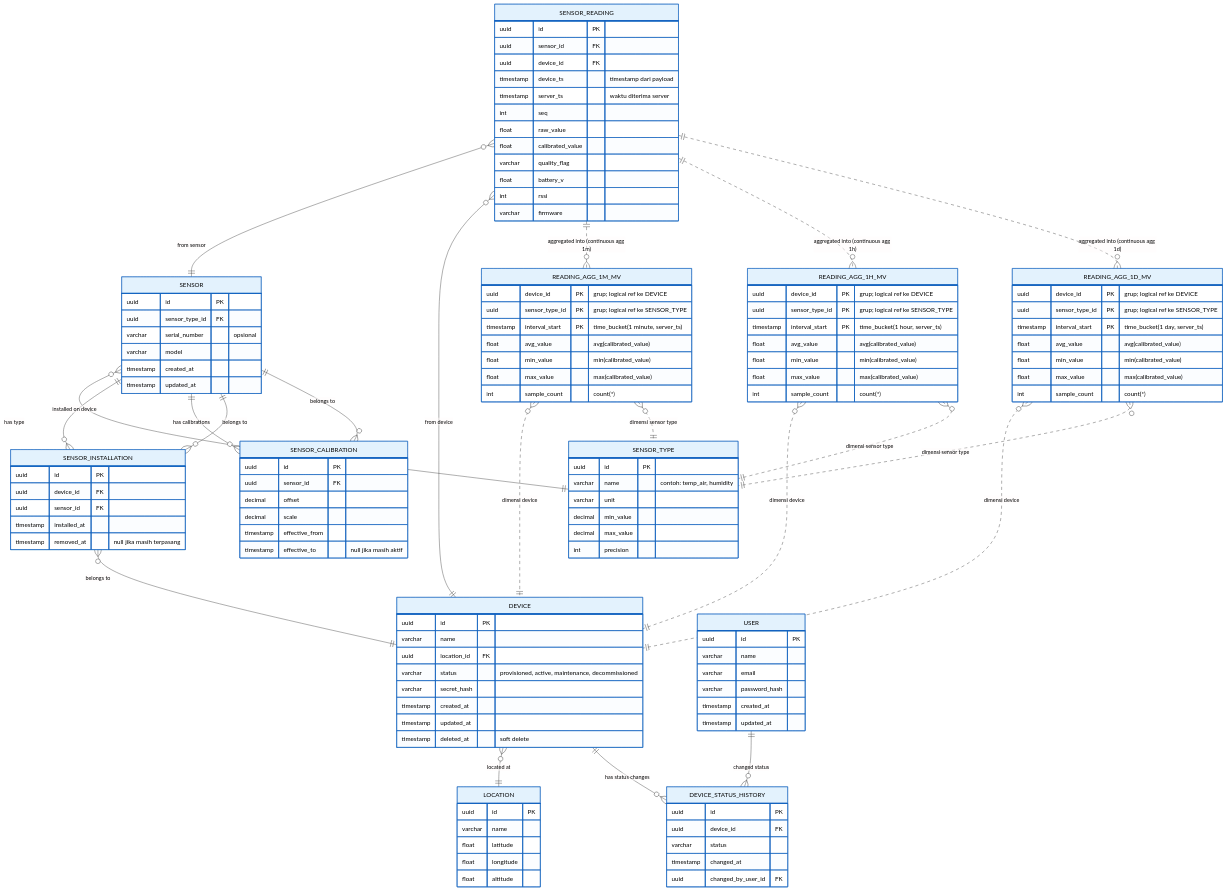
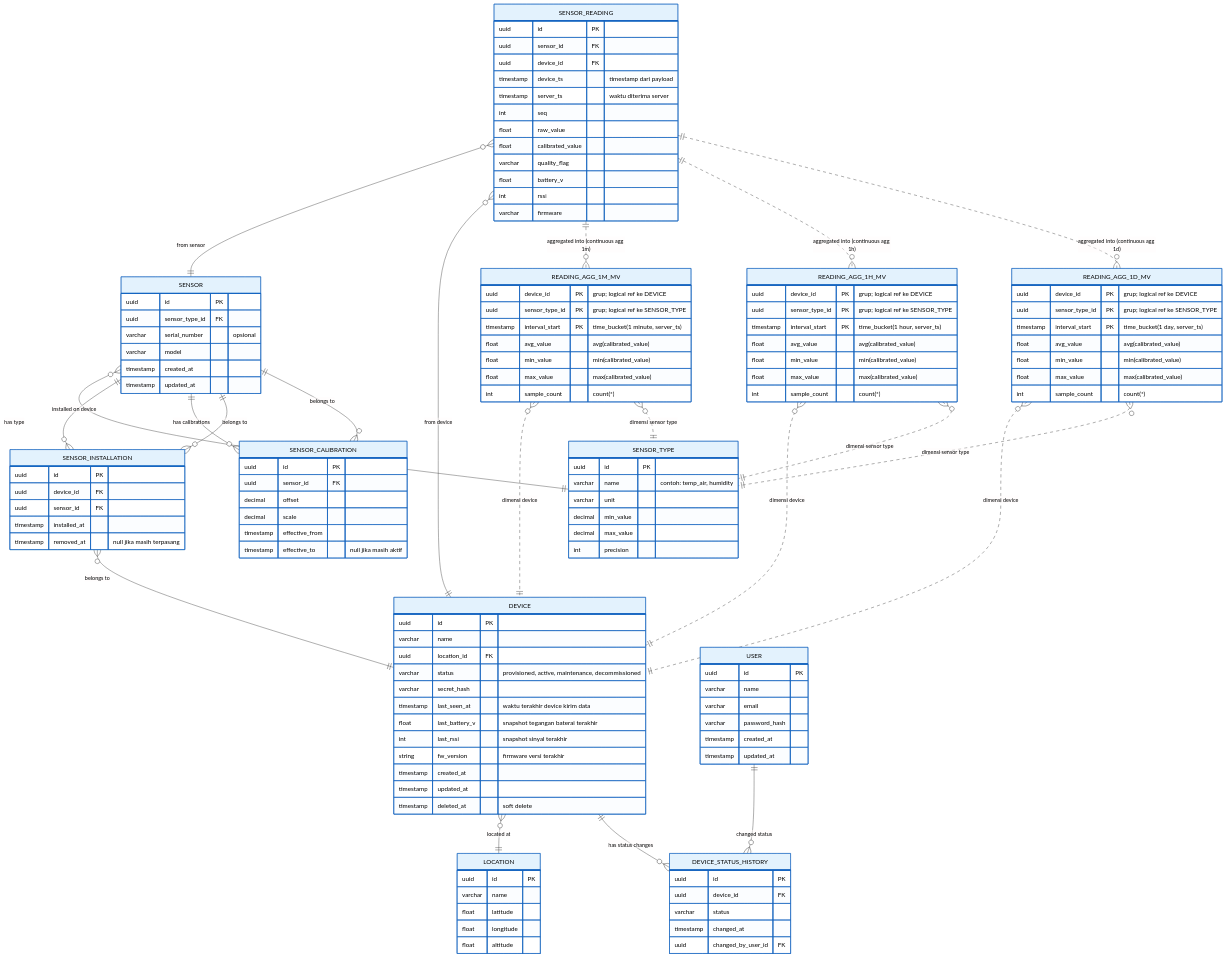
One commit to helmisulaemi/stasiun_cuaca changed the diagram in ERD_Monitoring_Stasiun_Cuaca.mmd. Above: the diagram before and after it, drawn with Mermaid. The commit also changed 3 other files, not shown here.

```diff
--- a/ERD_Monitoring_Stasiun_Cuaca.mmd
+++ b/ERD_Monitoring_Stasiun_Cuaca.mmd
@@ -1,148 +1,152 @@
 ---
 config:
   theme: base
   themeVariables:
     primaryColor: "#E3F2FD"
     primaryTextColor: "#000000"
     primaryBorderColor: "#1565C0"
     lineColor: "#333333"
 ---
 erDiagram
     direction TB
     DEVICE {
         uuid id PK ""  
         varchar name  ""  
         uuid location_id FK ""  
         varchar status  "provisioned, active, maintenance, decommissioned"  
         varchar secret_hash  ""  
+        timestamp last_seen_at  "waktu terakhir device kirim data"  
+        float last_battery_v  "snapshot tegangan baterai terakhir"  
+        int last_rssi  "snapshot sinyal terakhir"  
+        string fw_version  "firmware versi terakhir"  
         timestamp created_at  ""  
         timestamp updated_at  ""  
         timestamp deleted_at  "soft delete"  
     }
 
     LOCATION {
         uuid id PK ""  
         varchar name  ""  
         float latitude  ""  
         float longitude  ""  
         float altitude  ""  
     }
 
     USER {
         uuid id PK ""  
         varchar name  ""  
         varchar email  ""  
         varchar password_hash  ""  
         timestamp created_at  ""  
         timestamp updated_at  ""  
     }
 
     SENSOR_TYPE {
         uuid id PK ""  
         varchar name  "contoh: temp_air, humidity"  
         varchar unit  ""  
         decimal min_value  ""  
         decimal max_value  ""  
         int precision  ""  
     }
 
     SENSOR {
         uuid id PK ""  
         uuid sensor_type_id FK ""  
         varchar serial_number  "opsional"  
         varchar model  ""  
         timestamp created_at  ""  
         timestamp updated_at  ""  
     }
 
     SENSOR_INSTALLATION {
         uuid id PK ""  
         uuid device_id FK ""  
         uuid sensor_id FK ""  
         timestamp installed_at  ""  
         timestamp removed_at  "null jika masih terpasang"  
     }
 
     DEVICE_STATUS_HISTORY {
         uuid id PK ""  
         uuid device_id FK ""  
         varchar status  ""  
         timestamp changed_at  ""  
         uuid changed_by_user_id FK ""  
     }
 
     SENSOR_READING {
         uuid id PK ""  
         uuid sensor_id FK ""  
         uuid device_id FK ""  
         timestamp device_ts  "timestamp dari payload"  
         timestamp server_ts  "waktu diterima server"  
         int seq  ""  
         float raw_value  ""  
         float calibrated_value  ""  
         varchar quality_flag  ""  
         float battery_v  ""  
         int rssi  ""  
         varchar firmware  ""  
     }
 
     SENSOR_CALIBRATION {
         uuid id PK ""  
         uuid sensor_id FK ""  
         decimal offset  ""  
         decimal scale  ""  
         timestamp effective_from  ""  
         timestamp effective_to  "null jika masih aktif"  
     }
 
     READING_AGG_1M_MV {
         uuid device_id PK "grup; logical ref ke DEVICE"  
         uuid sensor_type_id PK "grup; logical ref ke SENSOR_TYPE"  
         timestamp interval_start PK "time_bucket(1 minute, server_ts)"  
         float avg_value  "avg(calibrated_value)"  
         float min_value  "min(calibrated_value)"  
         float max_value  "max(calibrated_value)"  
         int sample_count  "count(*)"  
     }
 
     READING_AGG_1H_MV {
         uuid device_id PK "grup; logical ref ke DEVICE"  
         uuid sensor_type_id PK "grup; logical ref ke SENSOR_TYPE"  
         timestamp interval_start PK "time_bucket(1 hour, server_ts)"  
         float avg_value  "avg(calibrated_value)"  
         float min_value  "min(calibrated_value)"  
         float max_value  "max(calibrated_value)"  
         int sample_count  "count(*)"  
     }
 
     READING_AGG_1D_MV {
         uuid device_id PK "grup; logical ref ke DEVICE"  
         uuid sensor_type_id PK "grup; logical ref ke SENSOR_TYPE"  
         timestamp interval_start PK "time_bucket(1 day, server_ts)"  
         float avg_value  "avg(calibrated_value)"  
         float min_value  "min(calibrated_value)"  
         float max_value  "max(calibrated_value)"  
         int sample_count  "count(*)"  
     }
 
     DEVICE}o--||LOCATION:"located at"
     DEVICE||--o{DEVICE_STATUS_HISTORY:"has status changes"
     USER||--o{DEVICE_STATUS_HISTORY:"changed status"
     SENSOR}o--||SENSOR_TYPE:"has type"
     SENSOR||--o{SENSOR_INSTALLATION:"installed on device"
     SENSOR_INSTALLATION}o--||SENSOR:"belongs to"
     SENSOR_INSTALLATION}o--||DEVICE:"belongs to"
     SENSOR||--o{SENSOR_CALIBRATION:"has calibrations"
     SENSOR_CALIBRATION}o--||SENSOR:"belongs to"
     SENSOR_READING}o--||SENSOR:"from sensor"
     SENSOR_READING}o--||DEVICE:"from device"
 
     SENSOR_READING||..o{READING_AGG_1M_MV:"aggregated into (continuous agg 1m)"
     SENSOR_READING||..o{READING_AGG_1H_MV:"aggregated into (continuous agg 1h)"
     SENSOR_READING||..o{READING_AGG_1D_MV:"aggregated into (continuous agg 1d)"
     READING_AGG_1M_MV}o..||DEVICE:"dimensi device"
     READING_AGG_1M_MV}o..||SENSOR_TYPE:"dimensi sensor type"
     READING_AGG_1H_MV}o..||DEVICE:"dimensi device"
     READING_AGG_1H_MV}o..||SENSOR_TYPE:"dimensi sensor type"
     READING_AGG_1D_MV}o..||DEVICE:"dimensi device"
     READING_AGG_1D_MV}o..||SENSOR_TYPE:"dimensi sensor type"
```
